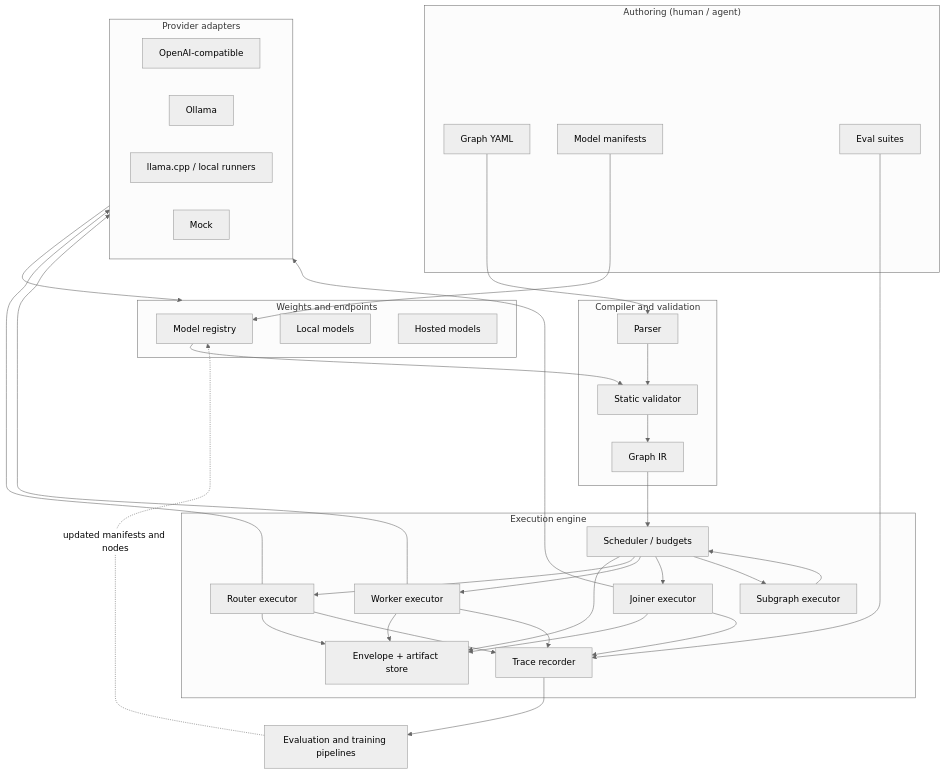
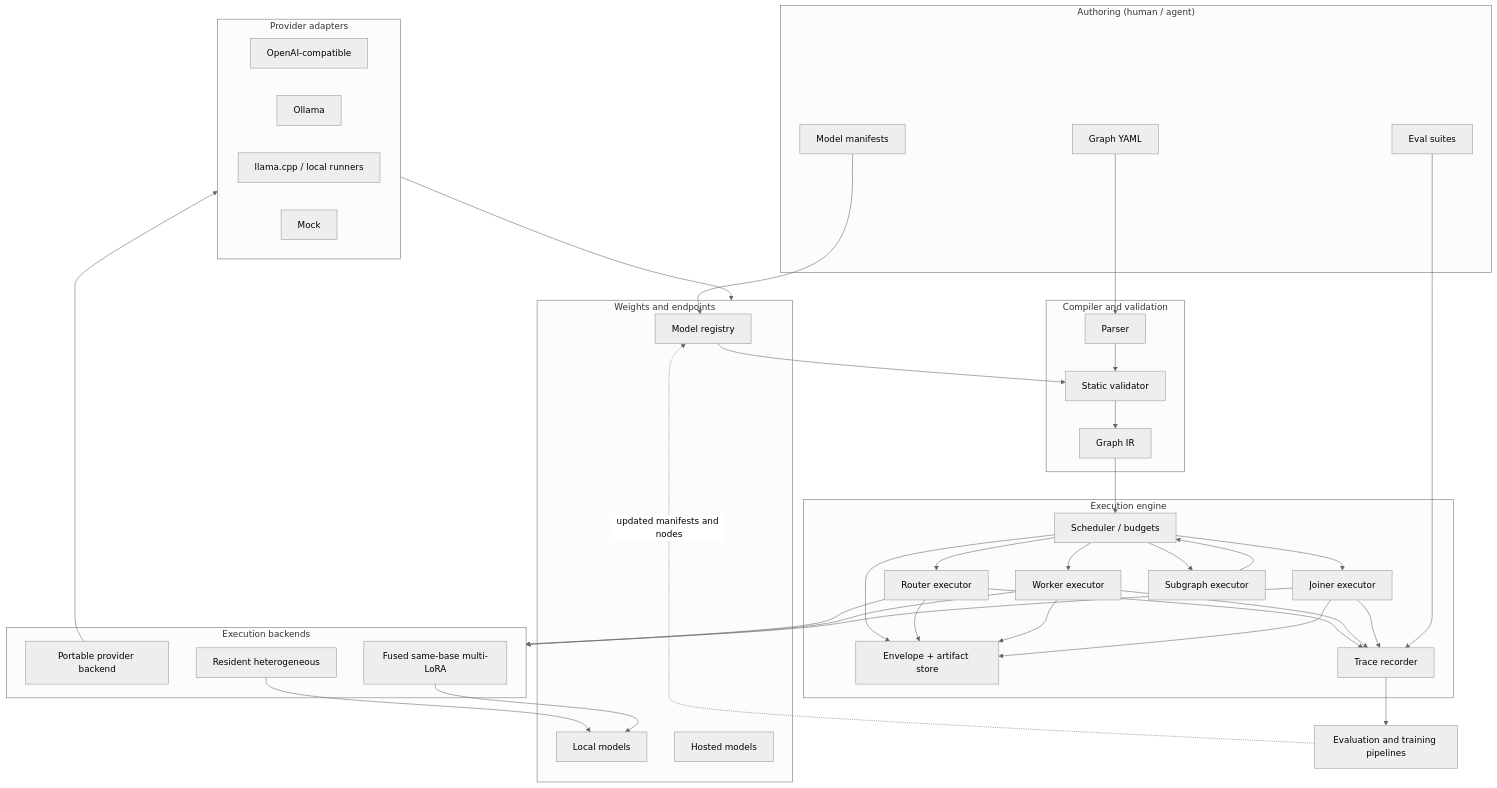
The first of 2 diagrams in docs/architecture.md (Voidoz/model-graph), drawn with Mermaid (neutral theme) before and after one commit. The commit also changed other lines of this file and 12 other files, not shown here.

First line of the commit message:
Design Phase 5: GPU-resident execution backends

````diff
--- a/docs/architecture.md
+++ b/docs/architecture.md
@@ -22,53 +22,62 @@
 ```mermaid
 flowchart TB
   subgraph Authoring["Authoring (human / agent)"]
     G[Graph YAML]
     M[Model manifests]
     E[Eval suites]
   end
 
   subgraph Compiler["Compiler and validation"]
     P[Parser]
     V[Static validator]
     IR[Graph IR]
   end
 
   subgraph Runtime["Execution engine"]
     S[Scheduler / budgets]
     ENV[Envelope + artifact store]
     R[Router executor]
     W[Worker executor]
     J[Joiner executor]
     SG[Subgraph executor]
     T[Trace recorder]
+  end
+
+  subgraph Backends["Execution backends"]
+    B0[Portable provider backend]
+    B1[Resident heterogeneous]
+    B2[Fused same-base multi-LoRA]
   end
 
   subgraph Providers["Provider adapters"]
     OA[OpenAI-compatible]
     OL[Ollama]
     LC[llama.cpp / local runners]
     MK[Mock]
   end
 
   subgraph Models["Weights and endpoints"]
     MR[Model registry]
     L[Local models]
     H[Hosted models]
   end
 
   G --> P --> V --> IR
   M --> MR
   MR --> V
   IR --> S
   S --> ENV
   S --> R --> ENV
   S --> W --> ENV
   S --> J --> ENV
   S --> SG --> S
   R & W & J --> T
-  R & W & J --> Providers
+  R & W & J --> Backends
+  B0 --> Providers
+  B1 --> L
+  B2 --> L
   Providers --> Models
   E --> T
   T --> EV[Evaluation and training pipelines]
   EV -. updated manifests and nodes .-> MR
 ```
````
